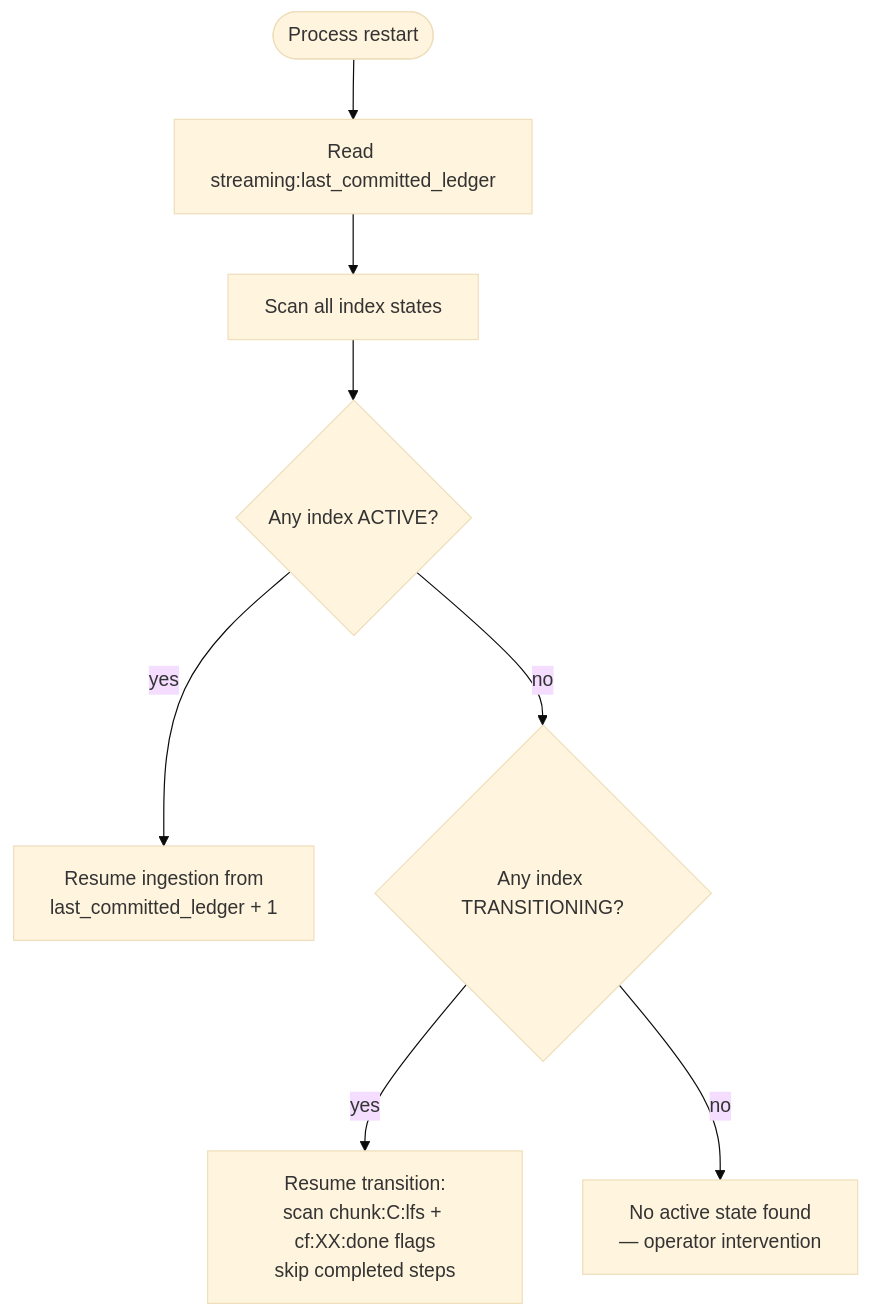
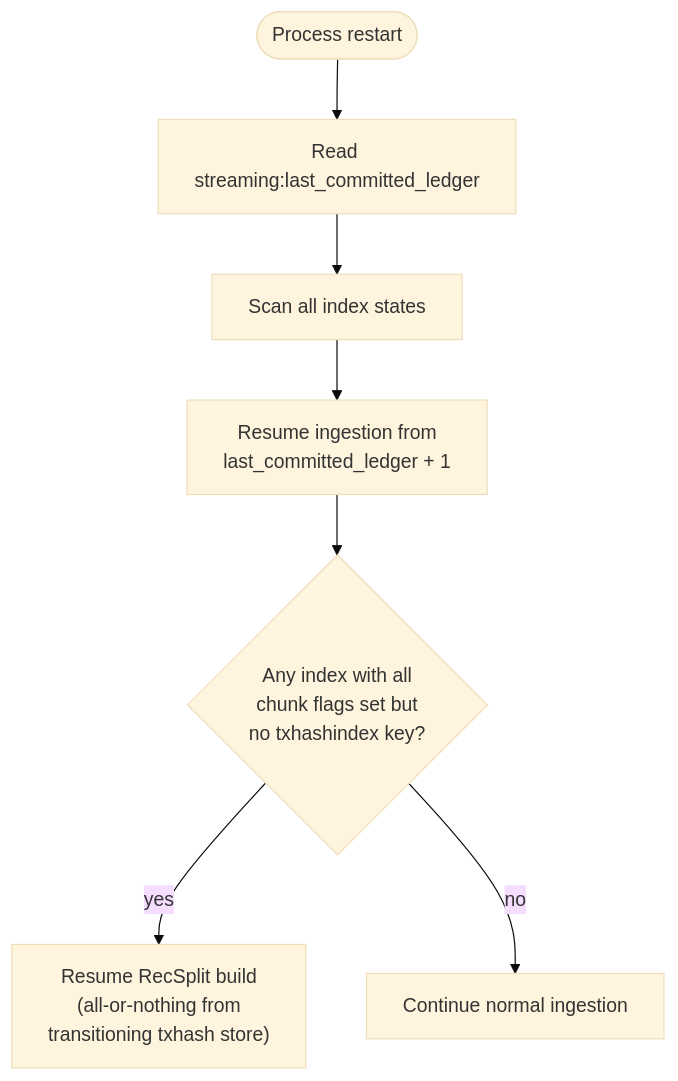
Diagram 12 of 12 in full-history/design-docs/01-architecture-overview.md (stellar/stellar-rpc), drawn with Mermaid (base theme) before and after one commit. The commit also changed other lines of this file and 10 other files, not shown here.

````diff
--- a/full-history/design-docs/01-architecture-overview.md
+++ b/full-history/design-docs/01-architecture-overview.md
@@ -328,10 +330,9 @@
 ```mermaid
 flowchart TD
     START(["Process restart"]) --> READ_LCL["Read streaming:last_committed_ledger"]
     READ_LCL --> SCAN_RANGES2["Scan all index states"]
-    SCAN_RANGES2 --> CHECK_ACTIVE{Any index ACTIVE?}
-    CHECK_ACTIVE -->|yes| RESUME_INGEST["Resume ingestion from\nlast_committed_ledger + 1"]
-    CHECK_ACTIVE -->|no| CHECK_TRANS{Any index TRANSITIONING?}
-    CHECK_TRANS -->|yes| RESUME_TRANS["Resume transition:\nscan chunk:C:lfs + cf:XX:done flags\nskip completed steps"]
-    CHECK_TRANS -->|no| ERROR["No active state found\n— operator intervention"]
+    SCAN_RANGES2 --> RESUME_INGEST["Resume ingestion from\nlast_committed_ledger + 1"]
+    RESUME_INGEST --> CHECK_TRANS{Any index with all\nchunk flags set but\nno txhashindex key?}
+    CHECK_TRANS -->|yes| RESUME_TRANS["Resume RecSplit build\n(all-or-nothing from\ntransitioning txhash store)"]
+    CHECK_TRANS -->|no| CONTINUE["Continue normal ingestion"]
 ```
````
